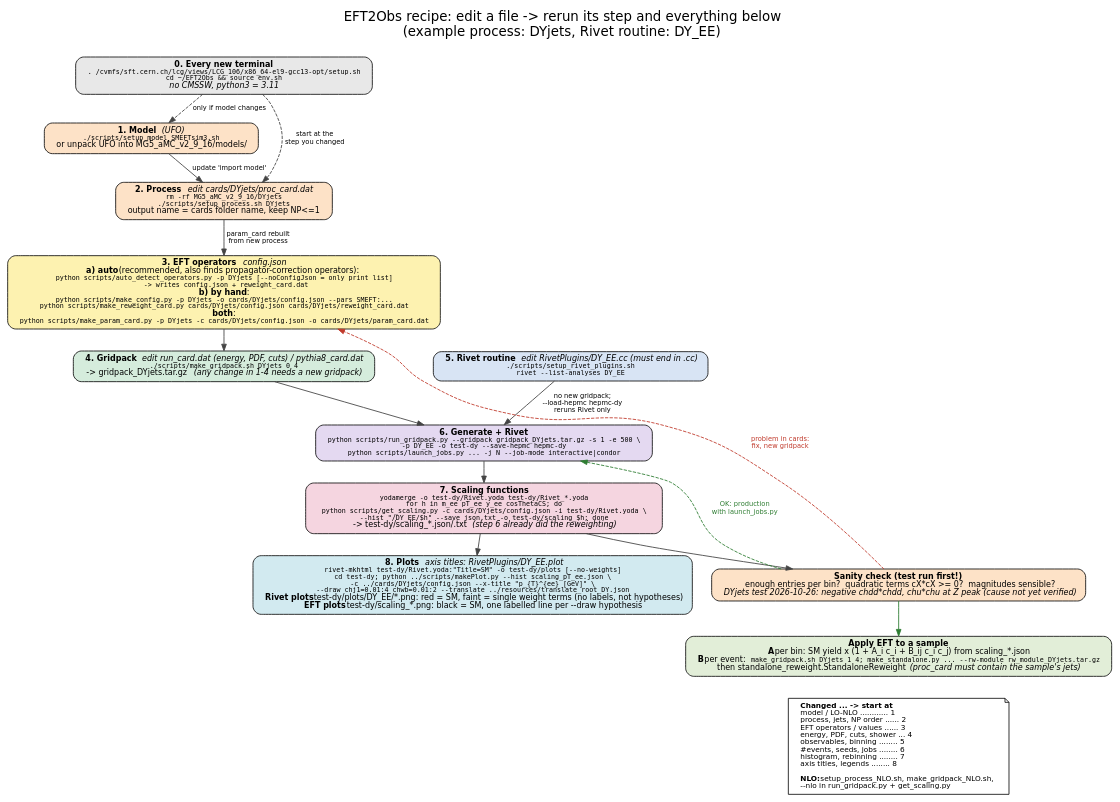
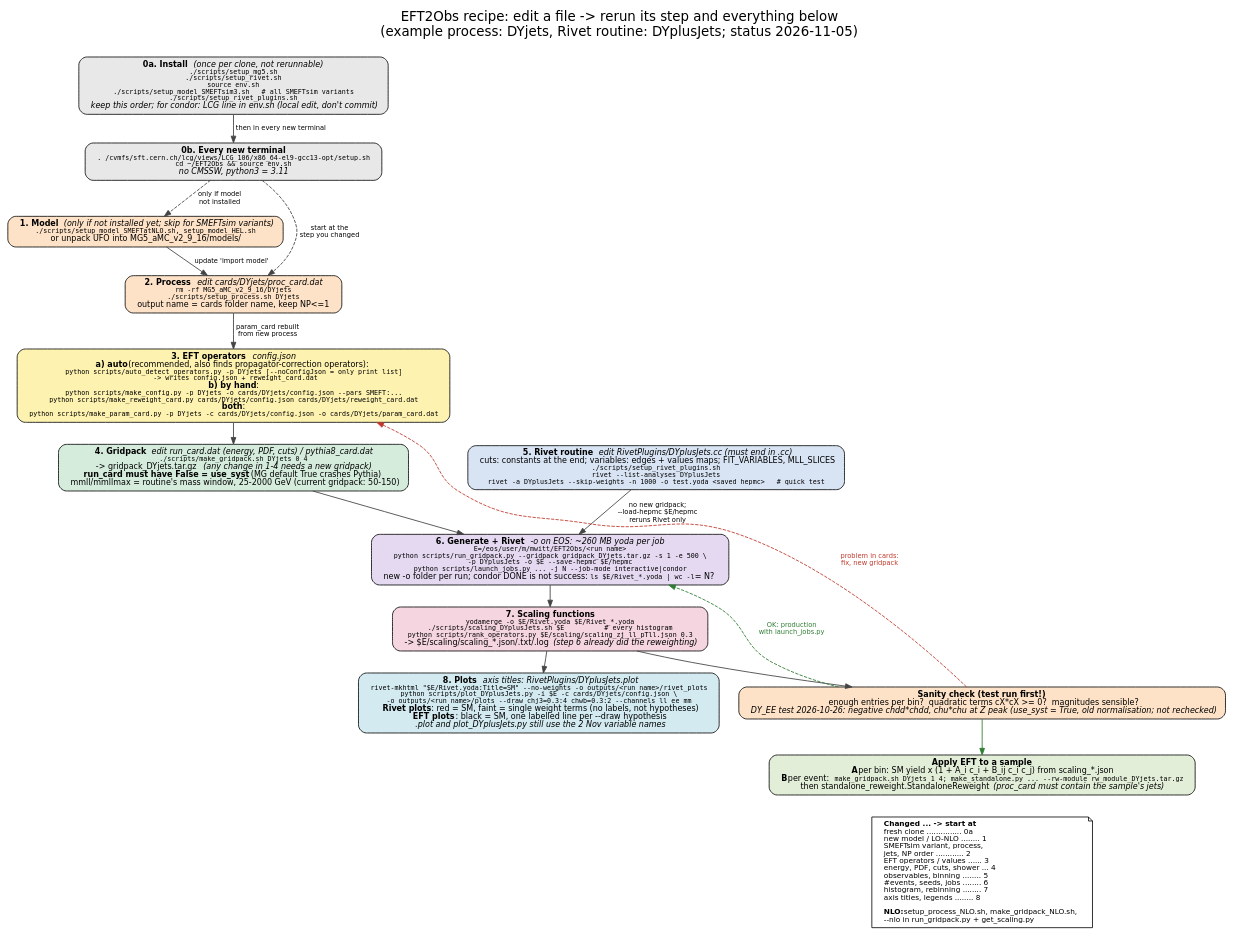
One commit to mathilde-t/EFT2Obs changed the diagram in EFT2Obs_recipe/EFT2Obs_recipe.dot. Above: the diagram before and after it, drawn with Graphviz. The commit also changed 3 other files, not shown here.

Commit message:
Update the recipe to the DYplusJets workflow

```diff
--- a/EFT2Obs_recipe/EFT2Obs_recipe.dot
+++ b/EFT2Obs_recipe/EFT2Obs_recipe.dot
@@ -1,48 +1,51 @@
 // Source of EFT2Obs_recipe.png
 // Rebuild: dot -Tpng -Gdpi=110 EFT2Obs_recipe.dot -o EFT2Obs_recipe.png
 digraph recipe {
   graph [fontname="DejaVu Sans", fontsize=20, labelloc=t, nodesep=0.4, ranksep=0.45,
-         label=<EFT2Obs recipe: edit a file -&gt; rerun its step and everything below<br/>(example process: DYjets, Rivet routine: DY_EE)<br/> >];
+         label=<EFT2Obs recipe: edit a file -&gt; rerun its step and everything below<br/>(example process: DYjets, Rivet routine: DYplusJets; status 2026-11-05)<br/> >];
   node  [shape=box, style="rounded,filled", fontname="DejaVu Sans", fontsize=12, penwidth=1.2, margin="0.25,0.08"];
   edge  [fontname="DejaVu Sans", fontsize=10, color="#444444", penwidth=1.3];
 
-  s0 [fillcolor="#e8e8e8", label=<<b>0. Every new terminal</b><br/><font face="DejaVu Sans Mono" point-size="10">. /cvmfs/sft.cern.ch/lcg/views/LCG_106/x86_64-el9-gcc13-opt/setup.sh<br/>cd ~/EFT2Obs &amp;&amp; source env.sh</font><br/><i>no CMSSW, python3 = 3.11</i>>];
+  s0a [fillcolor="#e8e8e8", label=<<b>0a. Install</b>  <i>(once per clone, not rerunnable)</i><br/><font face="DejaVu Sans Mono" point-size="10">./scripts/setup_mg5.sh<br/>./scripts/setup_rivet.sh<br/>source env.sh<br/>./scripts/setup_model_SMEFTsim3.sh   # all SMEFTsim variants<br/>./scripts/setup_rivet_plugins.sh</font><br/><i>keep this order; for condor: LCG line in env.sh (local edit, don't commit)</i>>];
 
-  s1 [fillcolor="#fde2c7", label=<<b>1. Model</b>  <i>(UFO)</i><br/><font face="DejaVu Sans Mono" point-size="10">./scripts/setup_model_SMEFTsim3.sh</font><br/>or unpack UFO into MG5_aMC_v2_9_16/models/>];
+  s0 [fillcolor="#e8e8e8", label=<<b>0b. Every new terminal</b><br/><font face="DejaVu Sans Mono" point-size="10">. /cvmfs/sft.cern.ch/lcg/views/LCG_106/x86_64-el9-gcc13-opt/setup.sh<br/>cd ~/EFT2Obs &amp;&amp; source env.sh</font><br/><i>no CMSSW, python3 = 3.11</i>>];
+
+  s1 [fillcolor="#fde2c7", label=<<b>1. Model</b>  <i>(only if not installed yet; skip for SMEFTsim variants)</i><br/><font face="DejaVu Sans Mono" point-size="10">./scripts/setup_model_SMEFTatNLO.sh, setup_model_HEL.sh</font><br/>or unpack UFO into MG5_aMC_v2_9_16/models/>];
 
   s2 [fillcolor="#fde2c7", label=<<b>2. Process</b>  <i>edit cards/DYjets/proc_card.dat</i><br/><font face="DejaVu Sans Mono" point-size="10">rm -rf MG5_aMC_v2_9_16/DYjets<br/>./scripts/setup_process.sh DYjets</font><br/>output name = cards folder name, keep NP&lt;=1>];
 
   s3 [fillcolor="#fdf2b0", label=<<b>3. EFT operators</b>  <i>config.json</i><br/><b>a) auto</b> (recommended, also finds propagator-correction operators):<br/><font face="DejaVu Sans Mono" point-size="10">python scripts/auto_detect_operators.py -p DYjets [--noConfigJson = only print list]<br/>   -&gt; writes config.json + reweight_card.dat</font><br/><b>b) by hand</b>:<br/><font face="DejaVu Sans Mono" point-size="10">python scripts/make_config.py -p DYjets -o cards/DYjets/config.json --pars SMEFT:...<br/>python scripts/make_reweight_card.py cards/DYjets/config.json cards/DYjets/reweight_card.dat</font><br/><b>both</b>:<br/><font face="DejaVu Sans Mono" point-size="10">python scripts/make_param_card.py -p DYjets -c cards/DYjets/config.json -o cards/DYjets/param_card.dat</font>>];
 
-  s4 [fillcolor="#d5ecdc", label=<<b>4. Gridpack</b>  <i>edit run_card.dat (energy, PDF, cuts) / pythia8_card.dat</i><br/><font face="DejaVu Sans Mono" point-size="10">./scripts/make_gridpack.sh DYjets 0 4</font><br/>-&gt; gridpack_DYjets.tar.gz   <i>(any change in 1-4 needs a new gridpack)</i>>];
+  s4 [fillcolor="#d5ecdc", label=<<b>4. Gridpack</b>  <i>edit run_card.dat (energy, PDF, cuts) / pythia8_card.dat</i><br/><font face="DejaVu Sans Mono" point-size="10">./scripts/make_gridpack.sh DYjets 0 4</font><br/>-&gt; gridpack_DYjets.tar.gz   <i>(any change in 1-4 needs a new gridpack)</i><br/><b>run_card must have False = use_syst</b> (MG default True crashes Pythia)<br/>mmll/mmllmax = routine's mass window, 25-2000 GeV (current gridpack: 50-150)>];
 
-  s5 [fillcolor="#d8e4f4", label=<<b>5. Rivet routine</b>  <i>edit RivetPlugins/DY_EE.cc (must end in .cc)</i><br/><font face="DejaVu Sans Mono" point-size="10">./scripts/setup_rivet_plugins.sh<br/>rivet --list-analyses DY_EE</font>>];
+  s5 [fillcolor="#d8e4f4", label=<<b>5. Rivet routine</b>  <i>edit RivetPlugins/DYplusJets.cc (must end in .cc)</i><br/>cuts: constants at the end; variables: edges + values maps; FIT_VARIABLES, MLL_SLICES<br/><font face="DejaVu Sans Mono" point-size="10">./scripts/setup_rivet_plugins.sh<br/>rivet --list-analyses DYplusJets<br/>rivet -a DYplusJets --skip-weights -n 1000 -o test.yoda &lt;saved hepmc&gt;   # quick test</font>>];
 
-  s6 [fillcolor="#e4d9f1", label=<<b>6. Generate + Rivet</b><br/><font face="DejaVu Sans Mono" point-size="10">python scripts/run_gridpack.py --gridpack gridpack_DYjets.tar.gz -s 1 -e 500 \\<br/>  -p DY_EE -o test-dy --save-hepmc hepmc-dy<br/>python scripts/launch_jobs.py ... -j N --job-mode interactive|condor</font>>];
+  s6 [fillcolor="#e4d9f1", label=<<b>6. Generate + Rivet</b>  <i>-o on EOS: ~260 MB yoda per job</i><br/><font face="DejaVu Sans Mono" point-size="10">E=/eos/user/m/mwitt/EFT2Obs/&lt;run name&gt;<br/>python scripts/run_gridpack.py --gridpack gridpack_DYjets.tar.gz -s 1 -e 500 \\<br/>  -p DYplusJets -o $E --save-hepmc $E/hepmc<br/>python scripts/launch_jobs.py ... -j N --job-mode interactive|condor</font><br/>new -o folder per run; condor DONE is not success: <font face="DejaVu Sans Mono" point-size="10">ls $E/Rivet_*.yoda | wc -l</font> = N?>];
 
-  s7 [fillcolor="#f5d5e0", label=<<b>7. Scaling functions</b><br/><font face="DejaVu Sans Mono" point-size="10">yodamerge -o test-dy/Rivet.yoda test-dy/Rivet_*.yoda<br/>for h in m_ee pT_ee y_ee cosThetaCS; do<br/>  python scripts/get_scaling.py -c cards/DYjets/config.json -i test-dy/Rivet.yoda \\<br/>  --hist "/DY_EE/$h" --save json,txt -o test-dy/scaling_$h; done</font><br/>-&gt; test-dy/scaling_*.json/.txt   <i>(step 6 already did the reweighting)</i>>];
+  s7 [fillcolor="#f5d5e0", label=<<b>7. Scaling functions</b><br/><font face="DejaVu Sans Mono" point-size="10">yodamerge -o $E/Rivet.yoda $E/Rivet_*.yoda<br/>./scripts/scaling_DYplusJets.sh $E          # every histogram<br/>python scripts/rank_operators.py $E/scaling/scaling_zj_ll_pTll.json 0.3</font><br/>-&gt; $E/scaling/scaling_*.json/.txt/.log   <i>(step 6 already did the reweighting)</i>>];
 
-  s8 [fillcolor="#d2eaf0", label=<<b>8. Plots</b>  <i>axis titles: RivetPlugins/DY_EE.plot</i><br/><font face="DejaVu Sans Mono" point-size="10">rivet-mkhtml test-dy/Rivet.yoda:"Title=SM" -o test-dy/plots [--no-weights]<br/>cd test-dy; python ../scripts/makePlot.py --hist scaling_pT_ee.json \\<br/>  -c ../cards/DYjets/config.json --x-title "p_{T}^{ee} [GeV]" \\<br/>  --draw chj1=0.01:4 chwb=0.01:2 --translate ../resources/translate_root_DY.json</font><br/><b>Rivet plots</b> test-dy/plots/DY_EE/*.png: red = SM, faint = single weight terms (no labels, not hypotheses)<br/><b>EFT plots</b> test-dy/scaling_*.png: black = SM, one labelled line per --draw hypothesis>];
+  s8 [fillcolor="#d2eaf0", label=<<b>8. Plots</b>  <i>axis titles: RivetPlugins/DYplusJets.plot</i><br/><font face="DejaVu Sans Mono" point-size="10">rivet-mkhtml "$E/Rivet.yoda:Title=SM" --no-weights -o outputs/&lt;run name&gt;/rivet_plots<br/>python scripts/plot_DYplusJets.py -i $E -c cards/DYjets/config.json \\<br/>  -o outputs/&lt;run name&gt;/plots --draw chj3=0.3:4 chwb=0.3:2 --channels ll ee mm</font><br/><b>Rivet plots</b>: red = SM, faint = single weight terms (no labels, not hypotheses)<br/><b>EFT plots</b>: black = SM, one labelled line per --draw hypothesis<br/><i>.plot and plot_DYplusJets.py still use the 2 Nov variable names</i>>];
 
-  chk [fillcolor="#fde2c7", label=<<b>Sanity check (test run first!)</b><br/>enough entries per bin?  quadratic terms cX*cX &gt;= 0?  magnitudes sensible?<br/><i>DYjets test 2026-10-26: negative chdd*chdd, chu*chu at Z peak (cause not yet verified)</i>>];
+  chk [fillcolor="#fde2c7", label=<<b>Sanity check (test run first!)</b><br/>enough entries per bin?  quadratic terms cX*cX &gt;= 0?  magnitudes sensible?<br/><i>DY_EE test 2026-10-26: negative chdd*chdd, chu*chu at Z peak (use_syst = True, old normalisation; not rechecked)</i>>];
 
   app [fillcolor="#e2eed8", label=<<b>Apply EFT to a sample</b><br/><b>A</b> per bin: SM yield x (1 + A_i c_i + B_ij c_i c_j) from scaling_*.json<br/><b>B</b> per event: <font face="DejaVu Sans Mono" point-size="10">make_gridpack.sh DYjets 1 4; make_standalone.py ... --rw-module rw_module_DYjets.tar.gz</font><br/>then standalone_reweight.StandaloneReweight  <i>(proc_card must contain the sample's jets)</i>>];
 
-  legend [shape=note, style=filled, fillcolor=white, fontsize=11, label=<<b>Changed ... -&gt; start at</b><br align="left"/>model / LO-NLO ............ 1<br align="left"/>process, jets, NP order ...... 2<br align="left"/>EFT operators / values ...... 3<br align="left"/>energy, PDF, cuts, shower ... 4<br align="left"/>observables, binning ........ 5<br align="left"/>#events, seeds, jobs ........ 6<br align="left"/>histogram, rebinning ........ 7<br align="left"/>axis titles, legends ........ 8<br align="left"/><br align="left"/><b>NLO:</b> setup_process_NLO.sh, make_gridpack_NLO.sh,<br align="left"/>--nlo in run_gridpack.py + get_scaling.py<br align="left"/>>];
+  legend [shape=note, style=filled, fillcolor=white, fontsize=11, label=<<b>Changed ... -&gt; start at</b><br align="left"/>fresh clone ............... 0a<br align="left"/>new model / LO-NLO ........ 1<br align="left"/>SMEFTsim variant, process,<br align="left"/>jets, NP order ............ 2<br align="left"/>EFT operators / values ...... 3<br align="left"/>energy, PDF, cuts, shower ... 4<br align="left"/>observables, binning ........ 5<br align="left"/>#events, seeds, jobs ........ 6<br align="left"/>histogram, rebinning ........ 7<br align="left"/>axis titles, legends ........ 8<br align="left"/><br align="left"/><b>NLO:</b> setup_process_NLO.sh, make_gridpack_NLO.sh,<br align="left"/>--nlo in run_gridpack.py + get_scaling.py<br align="left"/>>];
 
-  s0 -> s1 [style=dashed, label="  only if model changes"];
+  s0a -> s0 [label="  then in every new terminal"];
+  s0 -> s1 [style=dashed, label="  only if model\n  not installed"];
   s0 -> s2 [style=dashed, label="  start at the\n  step you changed"];
   s1 -> s2 [label="  update 'import model'"];
   s2 -> s3 [label="  param_card rebuilt\n  from new process"];
   s3 -> s4;
   s4 -> s6;
-  s5 -> s6 [label="  no new gridpack;\n  --load-hepmc hepmc-dy\n  reruns Rivet only"];
+  s5 -> s6 [label="  no new gridpack;\n  --load-hepmc $E/hepmc\n  reruns Rivet only"];
   s6 -> s7;
   s7 -> chk;
   s7 -> s8;
   chk -> app [color="#2e7d32"];
   chk -> s6 [style=dashed, color="#2e7d32", fontcolor="#2e7d32", label="  OK: production\n  with launch_jobs.py", constraint=false];
   chk -> s3 [style=dashed, color="#c0392b", fontcolor="#c0392b", label="  problem in cards:\n  fix, new gridpack", constraint=false];
   app -> legend [style=invis];
   {rank=same; s4; s5;}
 }
```
